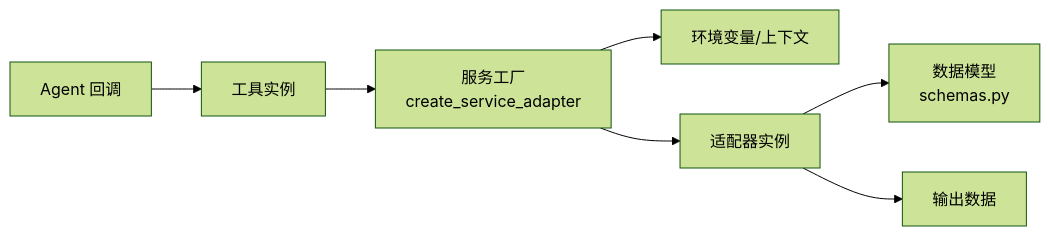
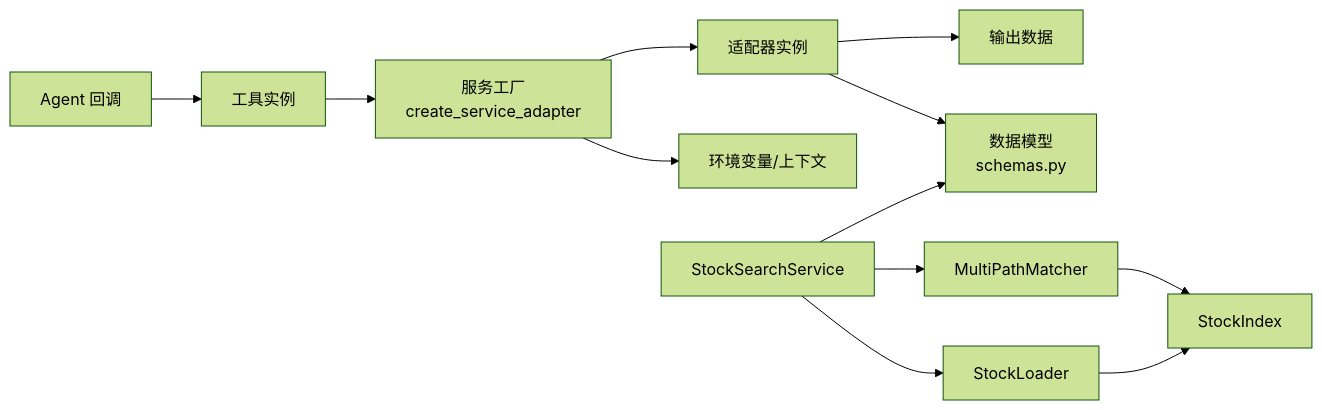
The third of 3 diagrams in repowiki/zh/content/智能体实现/证券智能体/工具系统/代理工具集.md (YU-JI-KUI/ark-agentic), drawn with Mermaid (forest theme) before and after one commit. The commit also changed other lines of this file and 6 other files, not shown here.

````diff
--- a/repowiki/zh/content/智能体实现/证券智能体/工具系统/代理工具集.md
+++ b/repowiki/zh/content/智能体实现/证券智能体/工具系统/代理工具集.md
@@ -366,9 +402,14 @@
 ```mermaid
 graph LR
 T["工具实例"] --> F["服务工厂<br/>create_service_adapter"]
 F --> E["环境变量/上下文"]
 F --> A["适配器实例"]
 A --> D["数据模型<br/>schemas.py"]
 A --> O["输出数据"]
 C["Agent 回调"] --> T
+SSS["StockSearchService"] --> SL["StockLoader"]
+SSS --> MP["MultiPathMatcher"]
+SL --> SI["StockIndex"]
+MP --> SI
+SSS --> D
 ```
````
